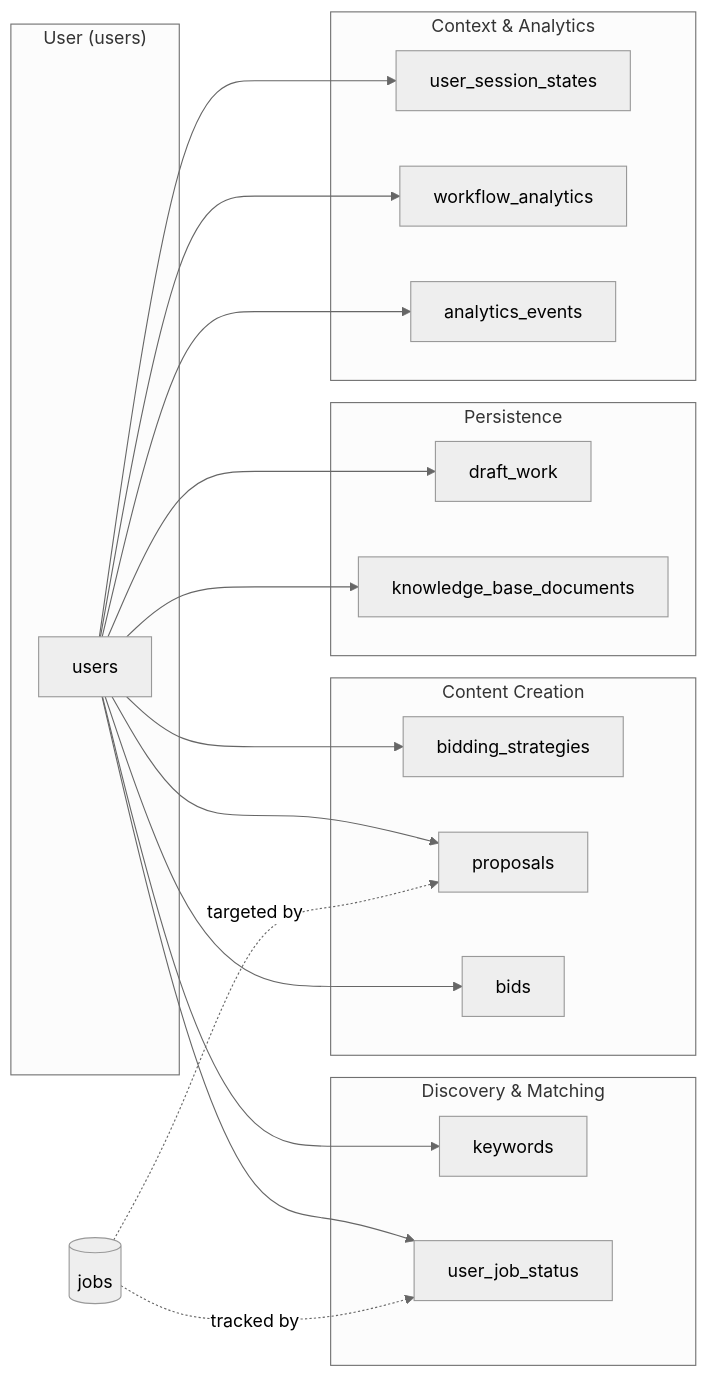
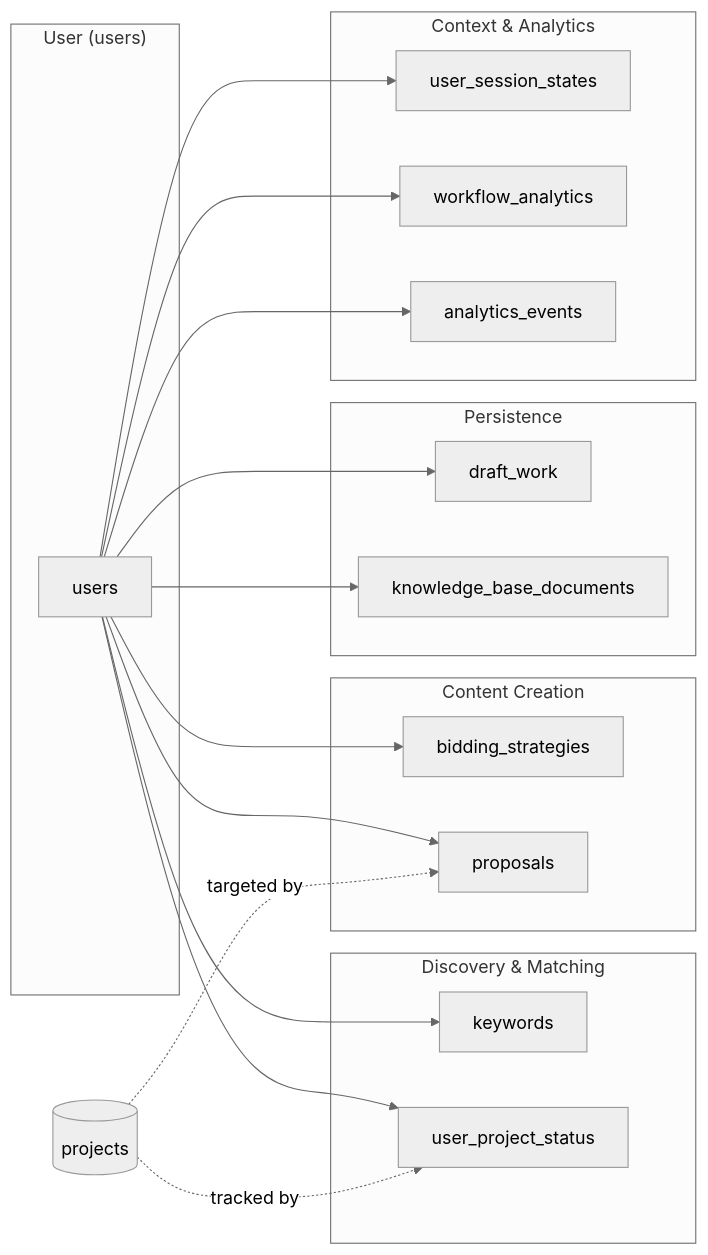
Before and after one commit to williamjxj/AutoBidder: the fourth of 5 diagrams in docs/database-schema-reference.md, drawn with Mermaid (neutral theme). The commit also changed other lines of this file and 30 other files, not shown here.

First line of the commit message:
feat(db): refactor jobs→projects for UI alignment (005-refactor-pg-database)

````diff
--- a/docs/database-schema-reference.md
+++ b/docs/database-schema-reference.md
@@ -173,42 +185,40 @@
 ```mermaid
 flowchart LR
     subgraph User["User (users)"]
         U[users]
     end
 
     subgraph Discovery["Discovery & Matching"]
         K[keywords]
-        JS[user_job_status]
+        UPS[user_project_status]
     end
 
     subgraph Content["Content Creation"]
         BS[bidding_strategies]
         P[proposals]
-        B[bids]
     end
 
     subgraph Persistence["Persistence"]
         DW[draft_work]
         KB[knowledge_base_documents]
     end
 
     subgraph Context["Context & Analytics"]
         USS[user_session_states]
         WA[workflow_analytics]
         AE[analytics_events]
     end
 
     U --> K
-    U --> JS
+    U --> UPS
     U --> BS
     U --> P
-    U --> B
     U --> DW
     U --> KB
     U --> USS
     U --> WA
     U --> AE
 
-    jobs[(jobs)] -.->|"tracked by"| JS
-    jobs -.->|"targeted by"| P
+    projects[(projects)] -.->|"tracked by"| UPS
+    projects -.->|"targeted by"| P
 ```
````
